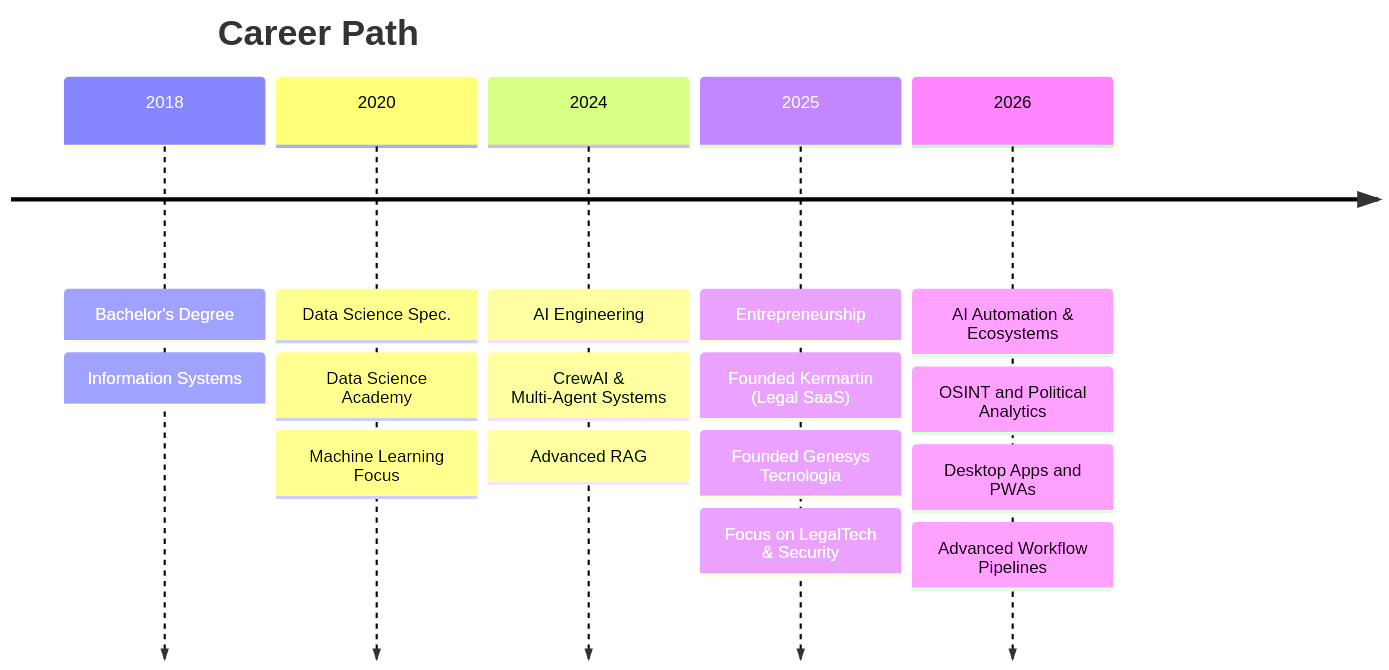
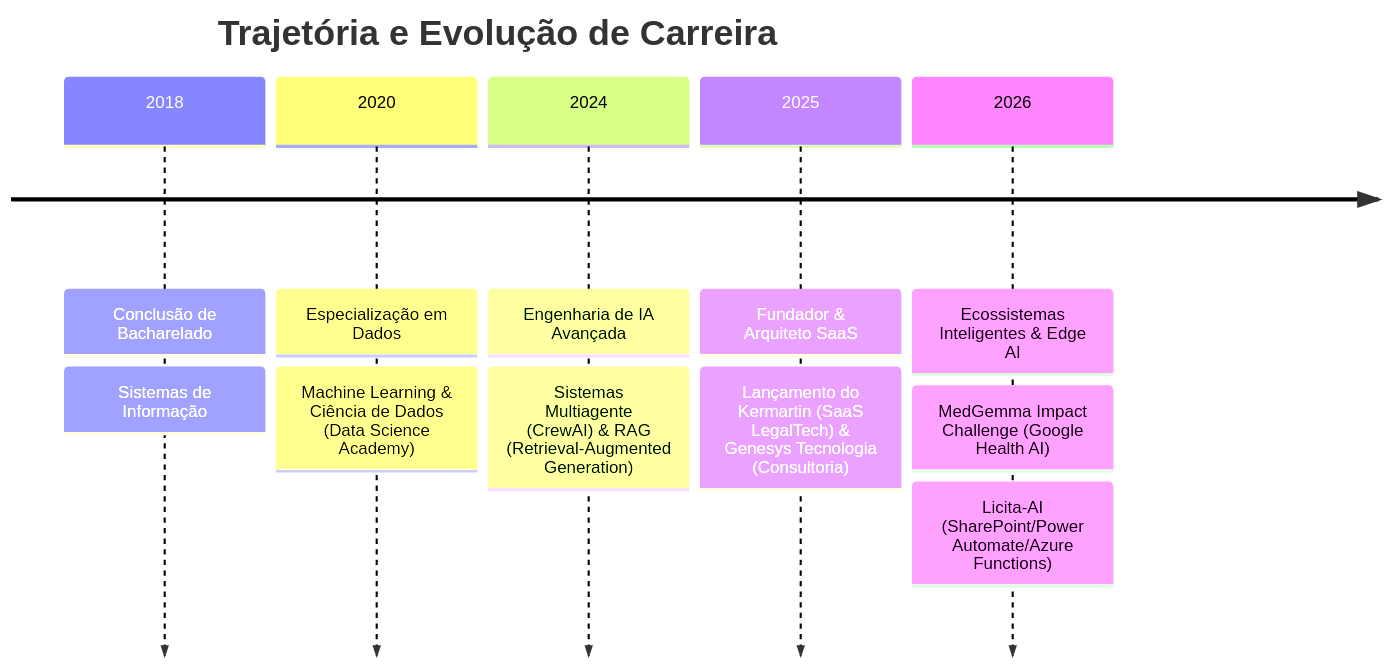
The second of 2 diagrams in README.MD (clenio77/clenio77), drawn with Mermaid before and after one commit. The commit also changed other lines of this file, not shown here.

````diff
--- a/README.MD
+++ b/README.MD
@@ -214,25 +184,15 @@
 ```mermaid
 timeline
-    title Career Path
-
-    2018 : Bachelor's Degree
-         : Information Systems
-
-    2020 : Data Science Spec.
-         : Data Science Academy
-         : Machine Learning Focus
-
-    2024 : AI Engineering
-         : CrewAI & Multi-Agent Systems
-         : Advanced RAG
-
-    2025 : Entrepreneurship
-         : Founded Kermartin (Legal SaaS)
-         : Founded Genesys Tecnologia
-         : Focus on LegalTech & Security
-
-    2026 : AI Automation & Ecosystems
-         : OSINT and Political Analytics
-         : Desktop Apps and PWAs
-         : Advanced Workflow Pipelines
+    title Trajetória e Evolução de Carreira
+    2018 : Conclusão de Bacharelado
+         : Sistemas de Informação
+    2020 : Especialização em Dados
+         : Machine Learning & Ciência de Dados (Data Science Academy)
+    2024 : Engenharia de IA Avançada
+         : Sistemas Multiagente (CrewAI) & RAG (Retrieval-Augmented Generation)
+    2025 : Fundador & Arquiteto SaaS
+         : Lançamento do Kermartin (SaaS LegalTech) & Genesys Tecnologia (Consultoria)
+    2026 : Ecossistemas Inteligentes & Edge AI
+         : MedGemma Impact Challenge (Google Health AI)
+         : Licita-AI (SharePoint/Power Automate/Azure Functions)
 ```
````
